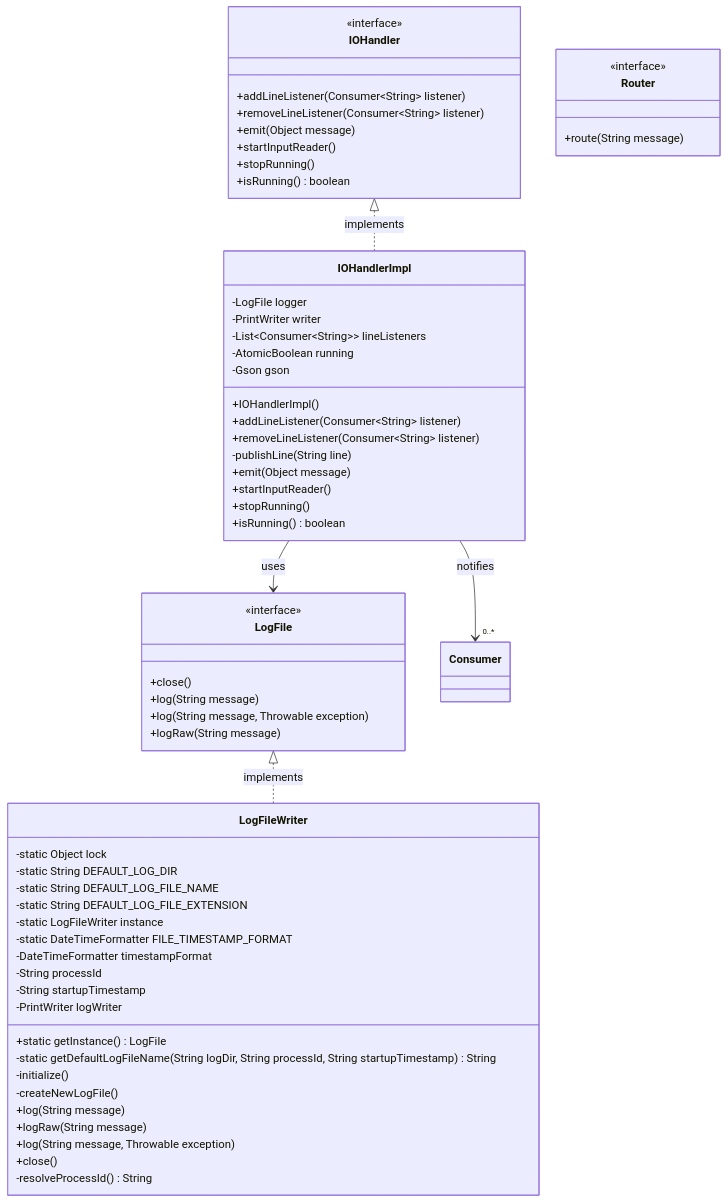
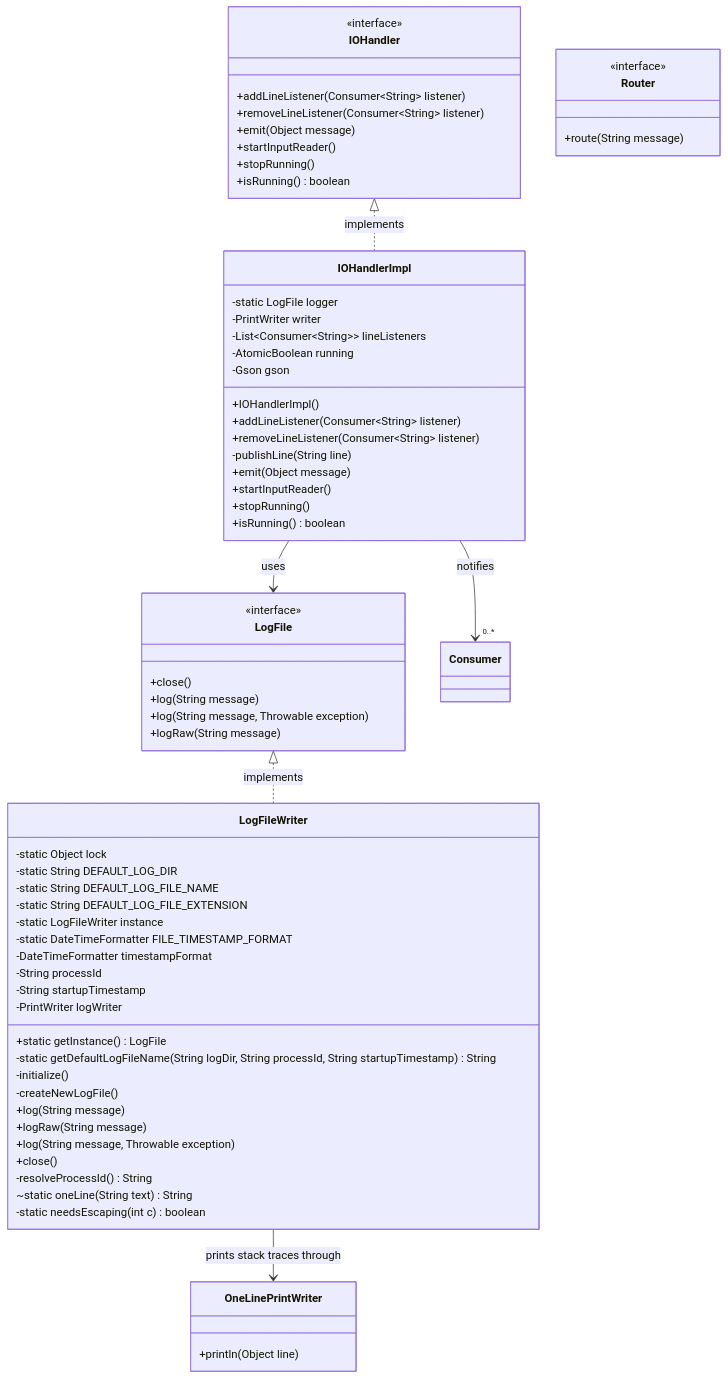
The first of 2 diagrams in lessons/01-overview.md (David-Parry/agent-mcp-workshop), drawn with Mermaid before and after one commit. The commit also changed other lines of this file and 4 other files, not shown here.

First line of the commit message:
Chapter 01: correct the log notes and the class diagram.

````diff
--- a/lessons/01-overview.md
+++ b/lessons/01-overview.md
@@ -44,68 +44,75 @@
 ```mermaid
 classDiagram
     class IOHandler {
         <<interface>>
         +addLineListener(Consumer~String~ listener)
         +removeLineListener(Consumer~String~ listener)
         +emit(Object message)
         +startInputReader()
         +stopRunning()
         +isRunning() boolean
     }
 
     class IOHandlerImpl {
-        -LogFile logger
+        -static LogFile logger
         -PrintWriter writer
         -List~Consumer~String~~ lineListeners
         -AtomicBoolean running
         -Gson gson
         +IOHandlerImpl()
         +addLineListener(Consumer~String~ listener)
         +removeLineListener(Consumer~String~ listener)
         -publishLine(String line)
         +emit(Object message)
         +startInputReader()
         +stopRunning()
         +isRunning() boolean
     }
 
     class LogFile {
         <<interface>>
         +close()
         +log(String message)
         +log(String message, Throwable exception)
         +logRaw(String message)
     }
 
     class LogFileWriter {
         -static Object lock
         -static String DEFAULT_LOG_DIR
         -static String DEFAULT_LOG_FILE_NAME
         -static String DEFAULT_LOG_FILE_EXTENSION
         -static LogFileWriter instance
         -static DateTimeFormatter FILE_TIMESTAMP_FORMAT
         -DateTimeFormatter timestampFormat
         -String processId
         -String startupTimestamp
         -PrintWriter logWriter
         +static getInstance() LogFile
         -static getDefaultLogFileName(String logDir, String processId, String startupTimestamp) String
         -initialize()
         -createNewLogFile()
         +log(String message)
         +logRaw(String message)
         +log(String message, Throwable exception)
         +close()
         -resolveProcessId() String
+        ~static oneLine(String text) String
+        -static needsEscaping(int c) boolean
+    }
+
+    class OneLinePrintWriter {
+        +println(Object line)
     }
 
     class Router {
         <<interface>>
         +route(String message)
     }
 
     IOHandler <|.. IOHandlerImpl : implements
     LogFile <|.. LogFileWriter : implements
+    LogFileWriter --> OneLinePrintWriter : prints stack traces through
     IOHandlerImpl --> LogFile : uses
     IOHandlerImpl --> "0..*" Consumer : notifies
 ```
````
